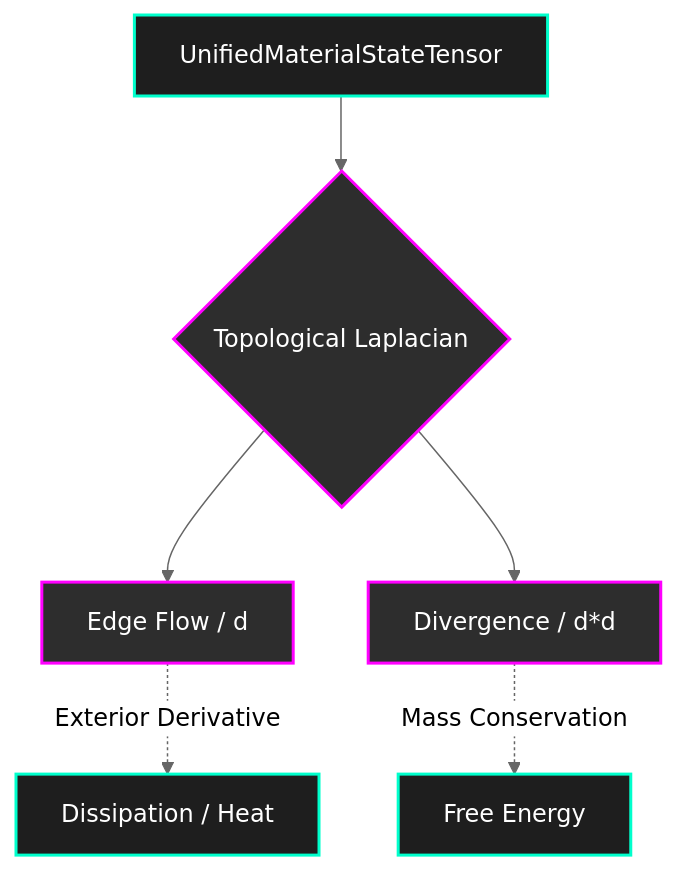
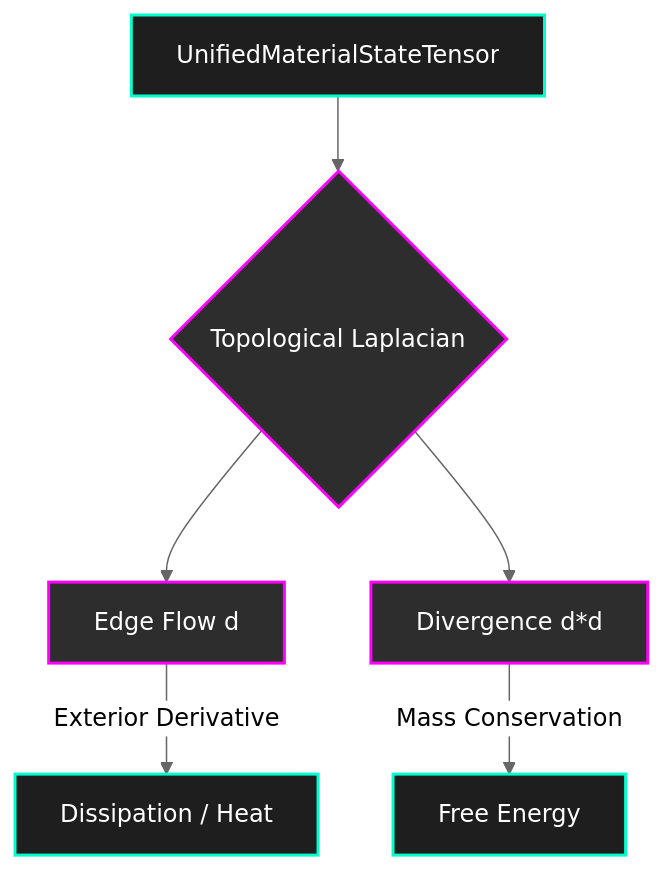
The diagram in README.md (tytolabs/umst-manifold), drawn with Mermaid (neutral theme) before and after one commit. The commit also changed other lines of this file and 13 other files, not shown here.

````diff
--- a/README.md
+++ b/README.md
@@ -39,12 +40,20 @@
 ```mermaid
 graph TD
+    A[UnifiedMaterialStateTensor]
+    B{Topological Laplacian}
+    C[Edge Flow d]
+    D[Divergence d*d]
+    E[Dissipation / Heat]
+    F[Free Energy]
+
+    A --> B
+    B --> C
+    B --> D
+    C -->|Exterior Derivative| E
+    D -->|Mass Conservation| F
+
     classDef tensor fill:#1e1e1e,stroke:#00ffcc,stroke-width:2px,color:#fff
     classDef math fill:#2d2d2d,stroke:#ff00ff,stroke-width:2px,color:#fff
-
-    A[UnifiedMaterialStateTensor]:::tensor --> B{Topological Laplacian}:::math
-    B --> C[Edge Flow / d]:::math
-    B --> D[Divergence / d*d]:::math
-    
-    C -.-> |"Exterior Derivative"| E[Dissipation / Heat]:::tensor
-    D -.-> |"Mass Conservation"| F[Free Energy]:::tensor
+    class A,E,F tensor
+    class B,C,D math
 ```
````
